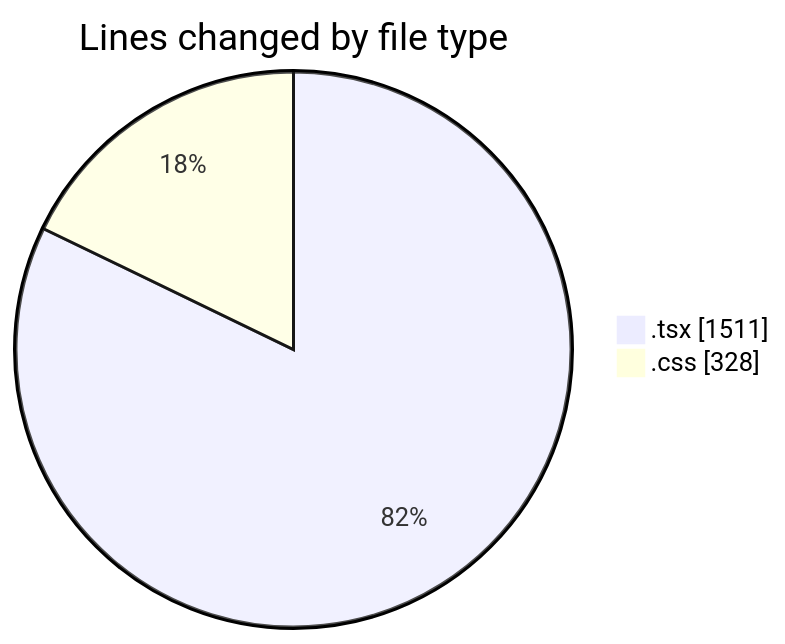
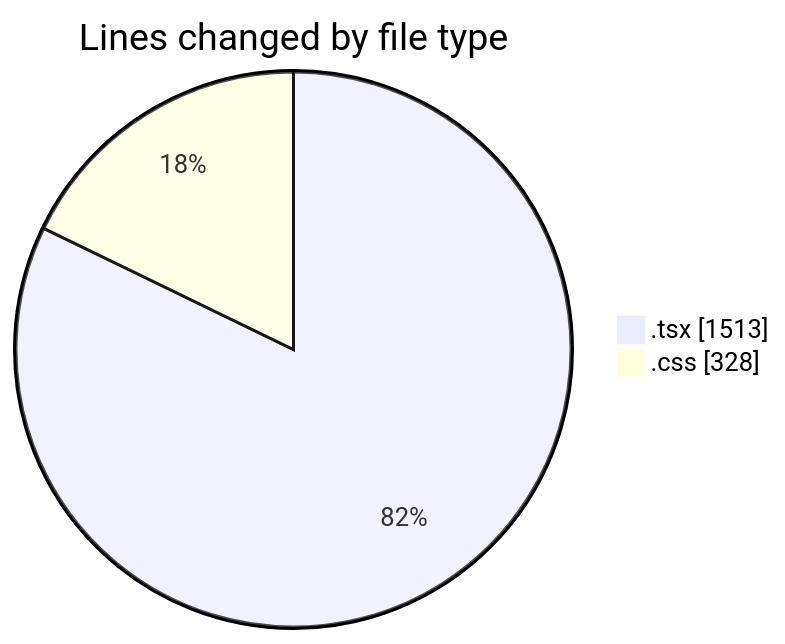
One commit to julien-gomy/code-tracking changed the first of 2 diagrams in 2025-10-10/eventscop-frontend-guide__workspace_/README.md. Above: the diagram before and after it, drawn with Mermaid. The commit also changed other lines of this file and 1 other file, not shown here.

````diff
--- a/2025-10-10/eventscop-frontend-guide__workspace_/README.md
+++ b/2025-10-10/eventscop-frontend-guide__workspace_/README.md
@@ -25,6 +25,6 @@
 ```mermaid
 pie showData
 title Lines changed by file type
-".tsx" : 1511
+".tsx" : 1513
 ".css" : 328
 ```
````
